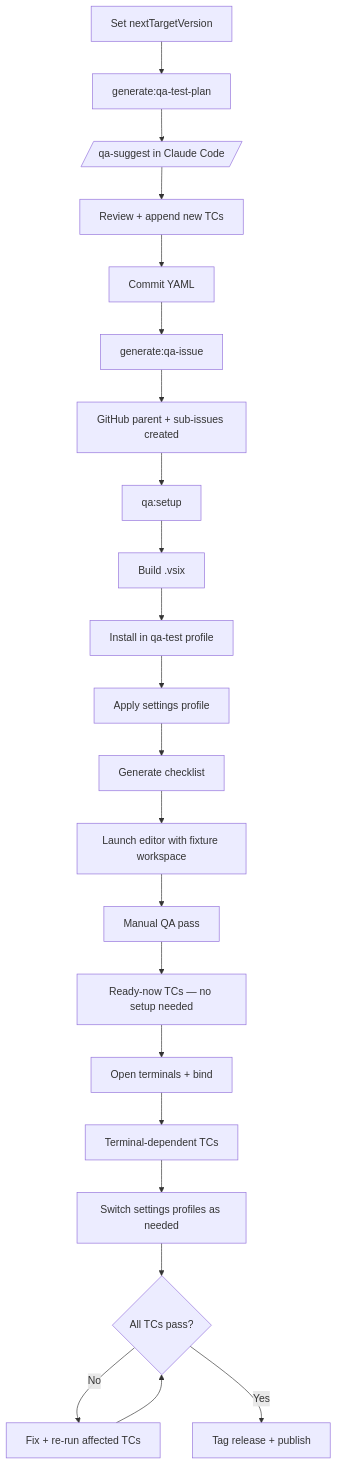
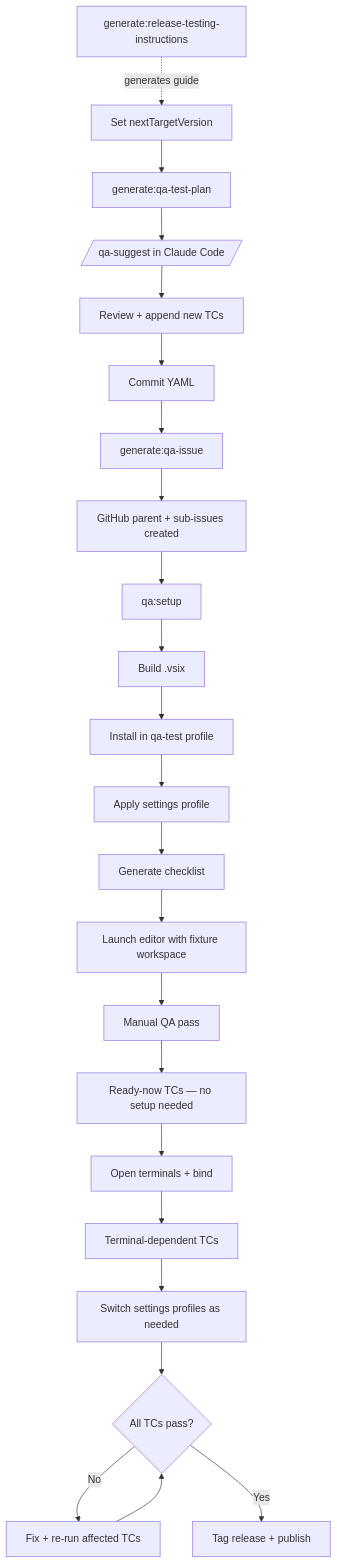
Before and after one commit to couimet/rangeLink: the first of 2 diagrams in packages/rangelink-vscode-extension/TESTING.md, drawn with Mermaid. The commit also changed other lines of this file and 15 other files, not shown here.

First line of the commit message:
[issues/467] Add generate:release-testing-instructions script and remove dates from QA filenames (#498)

````diff
--- a/packages/rangelink-vscode-extension/TESTING.md
+++ b/packages/rangelink-vscode-extension/TESTING.md
@@ -29,24 +31,25 @@
 ```mermaid
 flowchart TD
+    Z[generate:release-testing-instructions] -.->|generates guide| A
     A[Set nextTargetVersion] --> B[generate:qa-test-plan]
     B --> C[/qa-suggest in Claude Code/]
     C --> D[Review + append new TCs]
     D --> E[Commit YAML]
     E --> F[generate:qa-issue]
     F --> G[GitHub parent + sub-issues created]
     G --> H[qa:setup]
     H --> H1[Build .vsix]
     H1 --> H2[Install in qa-test profile]
     H2 --> H3[Apply settings profile]
     H3 --> H4[Generate checklist]
     H4 --> H5[Launch editor with fixture workspace]
     H5 --> I[Manual QA pass]
     I --> I1[Ready-now TCs — no setup needed]
     I1 --> I2[Open terminals + bind]
     I2 --> I3[Terminal-dependent TCs]
     I3 --> I4[Switch settings profiles as needed]
     I4 --> J{All TCs pass?}
     J -- No --> K[Fix + re-run affected TCs]
     K --> J
     J -- Yes --> L[Tag release + publish]
 ```
````
